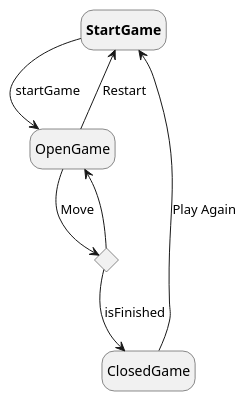
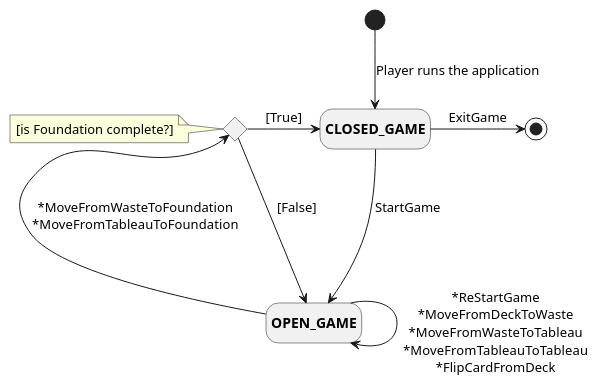
The diagram in docs/StateDiagram.plantuml (Troteaga/klondike), drawn with PlantUML before and after one commit. The commit also changed 23 other files, not shown here.

```diff
--- a/docs/StateDiagram.plantuml
+++ b/docs/StateDiagram.plantuml
@@ -1,13 +1,24 @@
-@startuml
+@startuml States
 hide empty description
 
-state "**StartGame**" as StartGame_origin
 state a <<choice>> 
 
-StartGame_origin -down-> OpenGame: startGame
-OpenGame -down-> a : Move
-a --> ClosedGame : isFinished
-a --> OpenGame
-OpenGame --> StartGame_origin : Restart
-ClosedGame -up-> StartGame_origin : Play Again
+state "**CLOSED_GAME**" as CLOSED_GAME
+state "**OPEN_GAME**" as OPEN_GAME
+
+CLOSED_GAME -down[hidden]-> OPEN_GAME
+[*] -down-> CLOSED_GAME : Player runs the application
+CLOSED_GAME --> OPEN_GAME : StartGame
+
+OPEN_GAME --> OPEN_GAME : \n*ReStartGame\n*MoveFromDeckToWaste\n*MoveFromWasteToTableau\n*MoveFromTableauToTableau\n*FlipCardFromDeck
+OPEN_GAME -left-> a : \n*MoveFromWasteToFoundation\n*MoveFromTableauToFoundation
+
+note left of a
+    [is Foundation complete?]
+end note
+
+a -right-> OPEN_GAME : [False]
+a -right-> CLOSED_GAME : [True]
+CLOSED_GAME -right-> [*] : ExitGame
+
 @enduml
```
